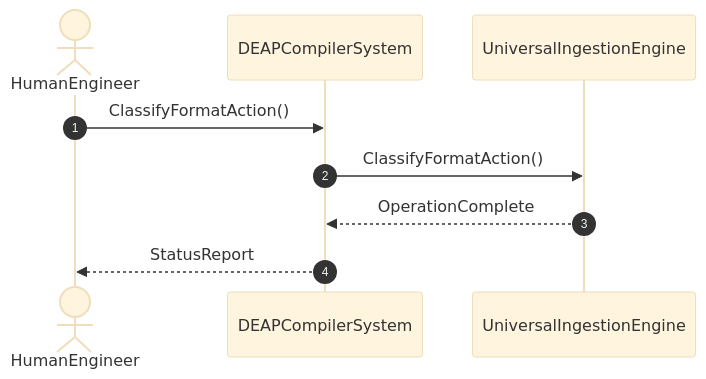
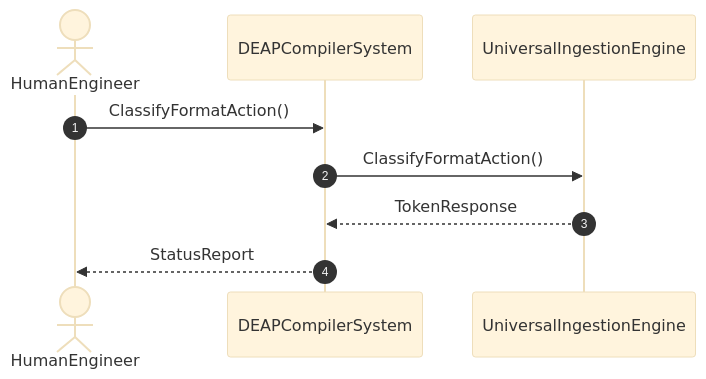
One commit to gintatkinson/dumpiler-01 changed the diagram in docs/user-stories/US-02-ClassifyFormatAction.md. Above: the diagram before and after it, drawn with Mermaid (base theme). The commit also changed other lines of this file and 45 other files, not shown here.

````diff
--- a/docs/user-stories/US-02-ClassifyFormatAction.md
+++ b/docs/user-stories/US-02-ClassifyFormatAction.md
@@ -16,11 +16,11 @@
 ```mermaid
 sequenceDiagram
     autonumber
     actor HumanEngineer
     participant DEAPCompilerSystem
     participant UniversalIngestionEngine
     HumanEngineer->>DEAPCompilerSystem: ClassifyFormatAction()
     DEAPCompilerSystem->>UniversalIngestionEngine: ClassifyFormatAction()
-    UniversalIngestionEngine-->>DEAPCompilerSystem: OperationComplete
+    UniversalIngestionEngine-->>DEAPCompilerSystem: TokenResponse
     DEAPCompilerSystem-->>HumanEngineer: StatusReport
 ```
````
